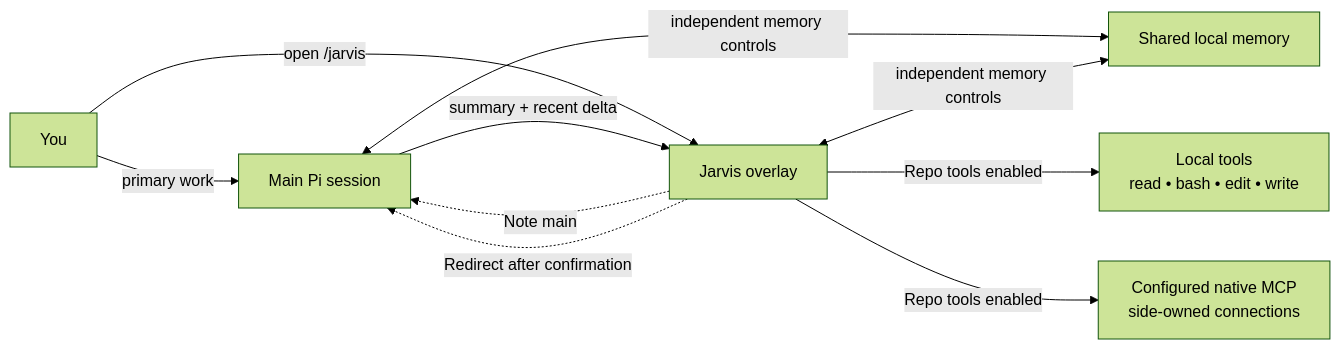
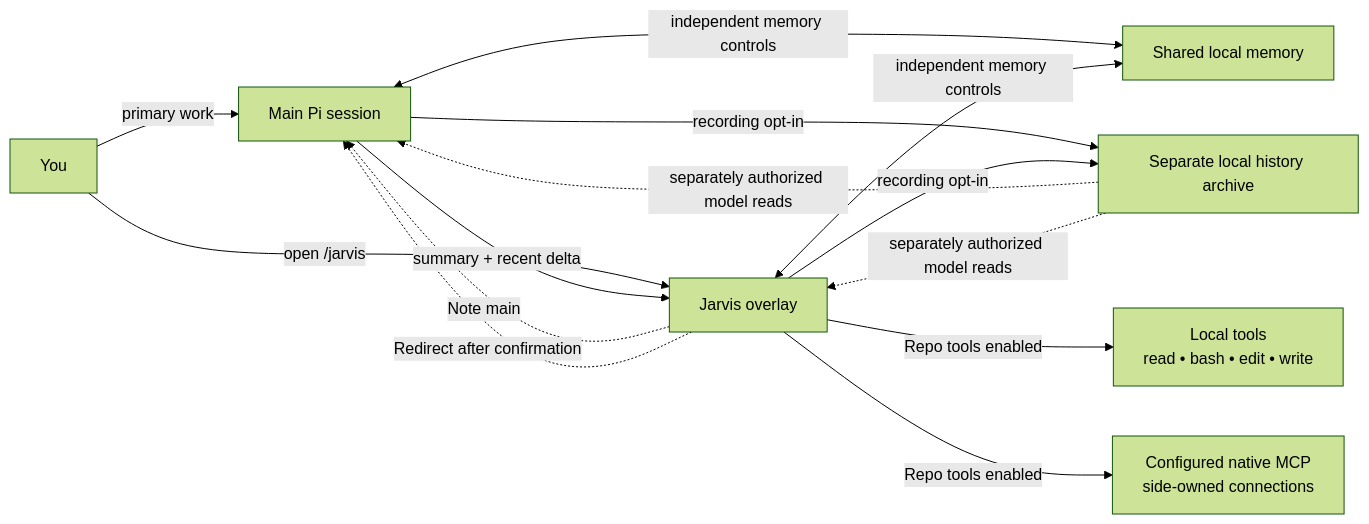
The first of 5 diagrams in README.md (crustyhacker/pi-jarvis), drawn with Mermaid (forest theme) before and after one commit. The commit also changed other lines of this file and 19 other files, not shown here.

````diff
--- a/README.md
+++ b/README.md
@@ -93,12 +113,16 @@
 ```mermaid
 flowchart LR
     U[You] -->|primary work| M[Main Pi session]
     U -->|open /jarvis| J[Jarvis overlay]
     M -->|summary + recent delta| J
     M <-->|independent memory controls| S[Shared local memory]
     J <-->|independent memory controls| S
+    M -->|recording opt-in| A[Separate local history archive]
+    J -->|recording opt-in| A
+    A -. separately authorized model reads .-> M
+    A -. separately authorized model reads .-> J
     J -->|Repo tools enabled| R[Local tools\nread • bash • edit • write]
     J -->|Repo tools enabled| C[Configured native MCP\nside-owned connections]
     J -. Note main .-> M
     J -. Redirect after confirmation .-> M
 ```
````
